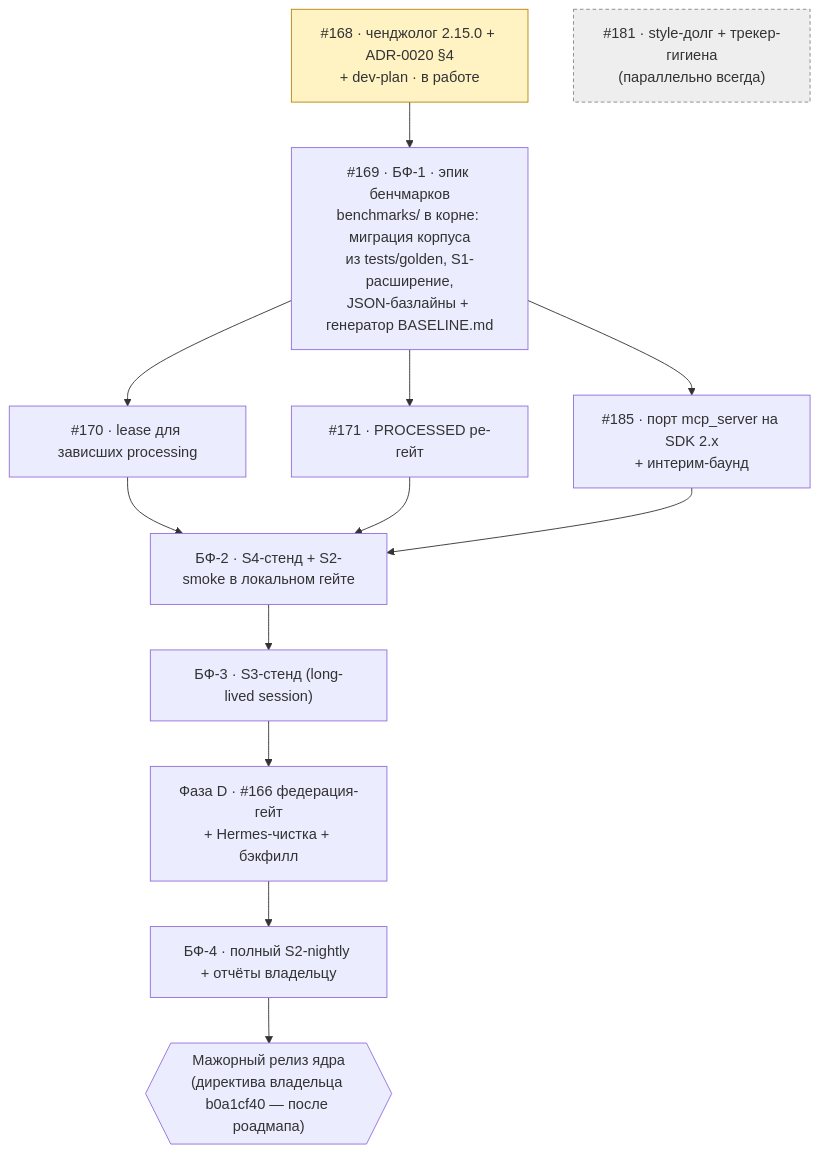
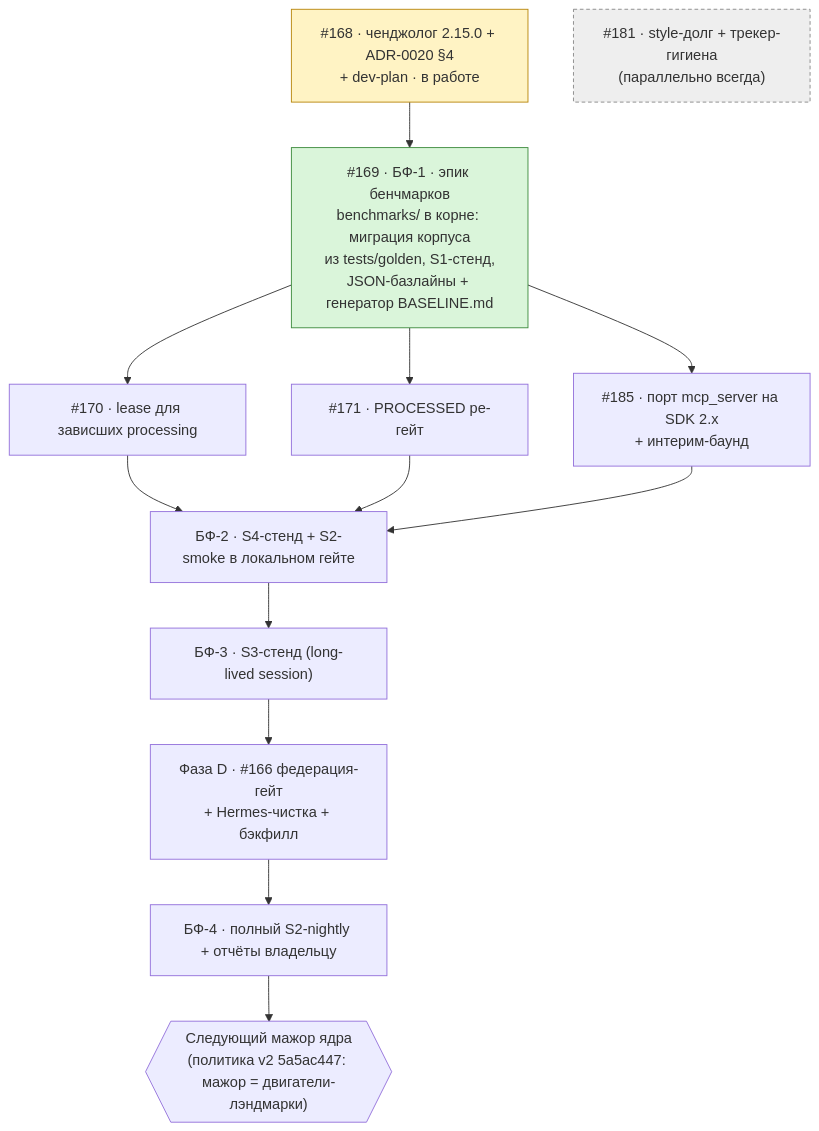
The diagram in docs/project/dev-plan.md (vesmaro/vesmaro), drawn with Mermaid before and after one commit. The commit also changed other lines of this file and 26 other files, not shown here.

Commit message:
feat(benchmarks): BF-1 — root benchmarks/ (corpus migrated from tests/golden), S1 stand with ADR-0020 extensions, canonical s1.json + generated BASELINE.md, bench-s1 gate in verify (#192)

````diff
--- a/docs/project/dev-plan.md
+++ b/docs/project/dev-plan.md
@@ -65,30 +68,31 @@
 ```mermaid
 flowchart TD
     PR168["#168 · ченджолог 2.15.0 + ADR-0020 §4<br/>+ dev-plan · в работе"]
-    BF1["#169 · БФ-1 · эпик бенчмарков<br/>benchmarks/ в корне: миграция корпуса<br/>из tests/golden, S1-расширение,<br/>JSON-базлайны + генератор BASELINE.md"]
+    BF1["#169 · БФ-1 · эпик бенчмарков<br/>benchmarks/ в корне: миграция корпуса<br/>из tests/golden, S1-стенд,<br/>JSON-базлайны + генератор BASELINE.md"]
     L170["#170 · lease для зависших processing"]
     L171["#171 · PROCESSED ре-гейт"]
     L185["#185 · порт mcp_server на SDK 2.x<br/>+ интерим-баунд"]
     BF2["БФ-2 · S4-стенд + S2-smoke в локальном гейте"]
     BF3["БФ-3 · S3-стенд (long-lived session)"]
     PHD["Фаза D · #166 федерация-гейт<br/>+ Hermes-чистка + бэкфилл"]
     BF4["БФ-4 · полный S2-nightly + отчёты владельцу"]
-    REL{{"Мажорный релиз ядра<br/>(директива владельца b0a1cf40 — после роадмапа)"}}
+    REL{{"Следующий мажор ядра<br/>(политика v2 5a5ac447: мажор = двигатели-лэндмарки)"}}
     SIDE["#181 · style-долг + трекер-гигиена<br/>(параллельно всегда)"]
     PR168 --> BF1
     BF1 --> L170
     BF1 --> L171
     BF1 --> L185
     L170 --> BF2
     L171 --> BF2
     L185 --> BF2
     BF2 --> BF3
     BF3 --> PHD
     PHD --> BF4
     BF4 --> REL
     classDef done fill:#daf5da,stroke:#3d8b3d
     classDef wip fill:#fff3c4,stroke:#b8860b
     classDef side fill:#eeeeee,stroke:#888888,stroke-dasharray: 4 3
     class PR168 wip
+    class BF1 done
     class SIDE side
 ```
````
